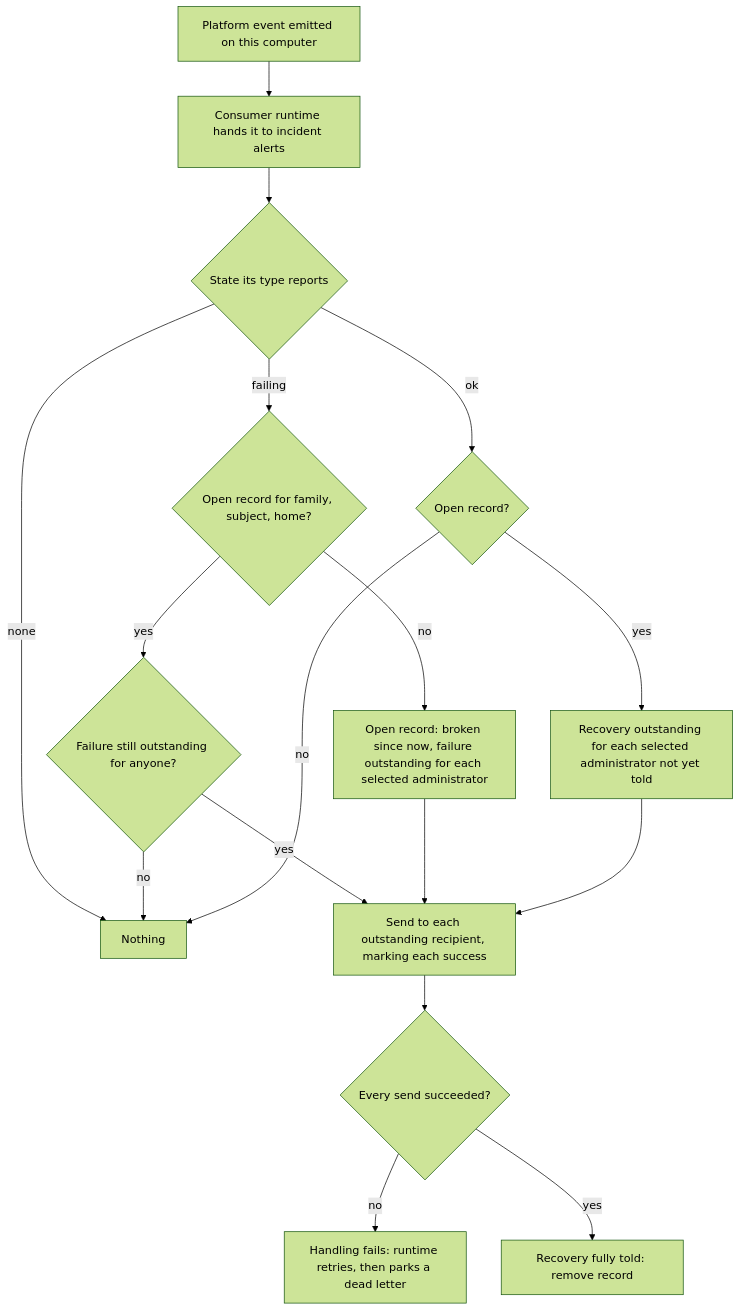
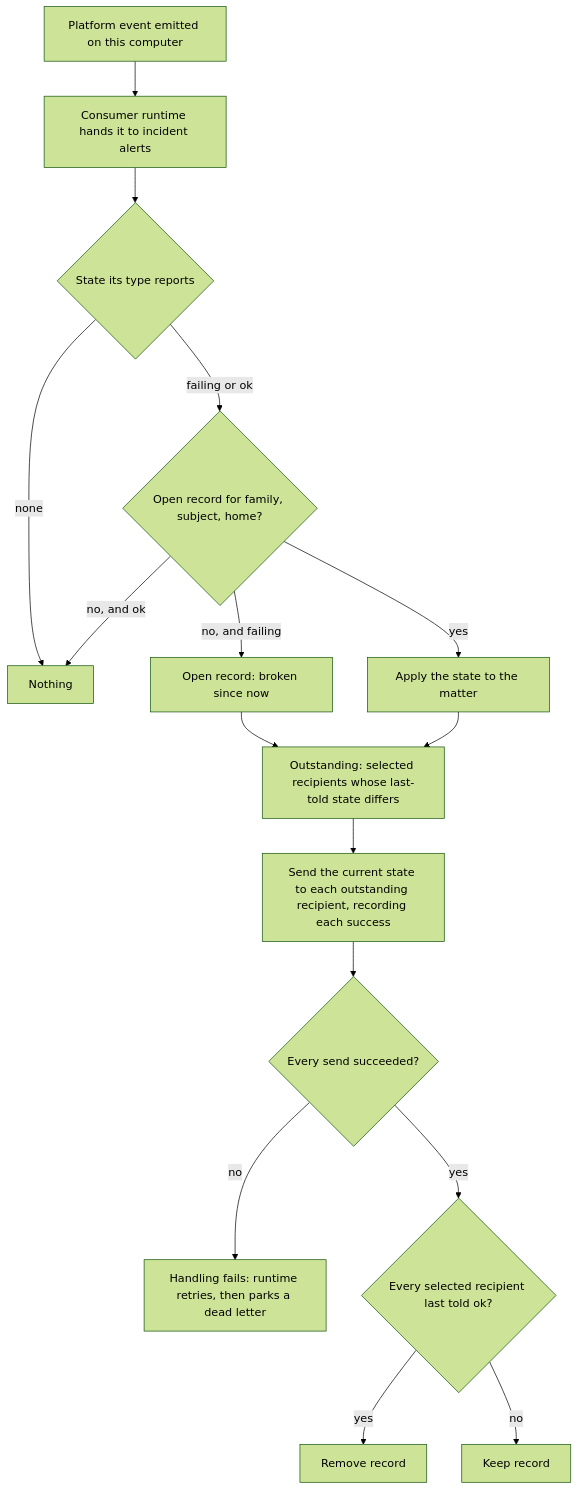
One commit to InstruktAI/TeleClaude changed the diagram in docs/local/design/architecture/notification-delivery.platform-alerts.md. Above: the diagram before and after it, drawn with Mermaid (forest theme). The commit also changed other lines of this file, not shown here.

First line of the commit message:
docs(notifications): track each recipient's last-told state per open matter [skip ci]

````diff
--- a/docs/local/design/architecture/notification-delivery.platform-alerts.md
+++ b/docs/local/design/architecture/notification-delivery.platform-alerts.md
@@ -123,19 +118,18 @@
 ```mermaid
 flowchart TD
     E[Platform event emitted on this computer] --> R[Consumer runtime hands it to incident alerts]
     R --> S{State its type reports}
     S -- none --> N[Nothing]
-    S -- failing --> F{Open record for family, subject, home?}
-    F -- no --> O[Open record: broken since now, failure outstanding for each selected administrator]
-    F -- yes --> P{Failure still outstanding for anyone?}
-    P -- no --> N
-    P -- yes --> D
-    O --> D[Send to each outstanding recipient, marking each success]
-    S -- ok --> K{Open record?}
-    K -- no --> N
-    K -- yes --> Q[Recovery outstanding for each selected administrator not yet told]
-    Q --> D
+    S -- failing or ok --> F{Open record for family, subject, home?}
+    F -- no, and ok --> N
+    F -- no, and failing --> O[Open record: broken since now]
+    F -- yes --> U[Apply the state to the matter]
+    O --> W[Outstanding: selected recipients whose last-told state differs]
+    U --> W
+    W --> D[Send the current state to each outstanding recipient, recording each success]
     D --> G{Every send succeeded?}
     G -- no --> T[Handling fails: runtime retries, then parks a dead letter]
-    G -- yes --> X[Recovery fully told: remove record]
+    G -- yes --> X{Every selected recipient last told ok?}
+    X -- yes --> Y[Remove record]
+    X -- no --> Z[Keep record]
 ```
````
